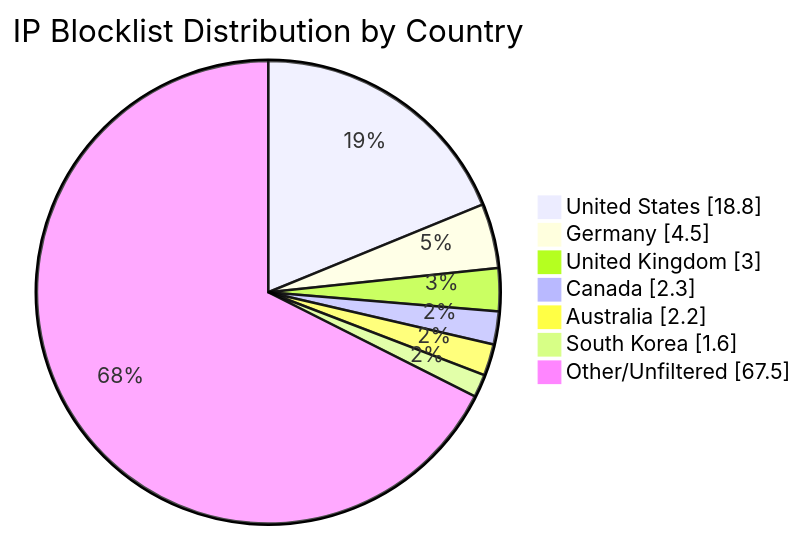
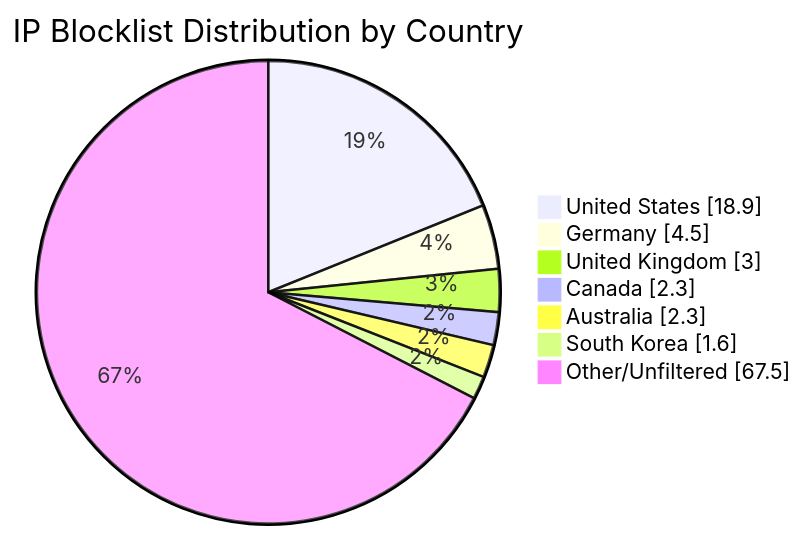
The diagram in README.md (MarcusHoltz/ipblocklist-geofiltered-aggregator), drawn with Mermaid before and after one commit. The commit also changed other lines of this file and 9 other files, not shown here.

````diff
--- a/README.md
+++ b/README.md
@@ -34,10 +34,10 @@
 ```mermaid
 pie showData title IP Blocklist Distribution by Country
-"United States" : 18.8
+"United States" : 18.9
 "Germany" : 4.5
 "United Kingdom" : 3.0
 "Canada" : 2.3
-"Australia" : 2.2
+"Australia" : 2.3
 "South Korea" : 1.6
 "Other/Unfiltered" : 67.5
 ```
````
